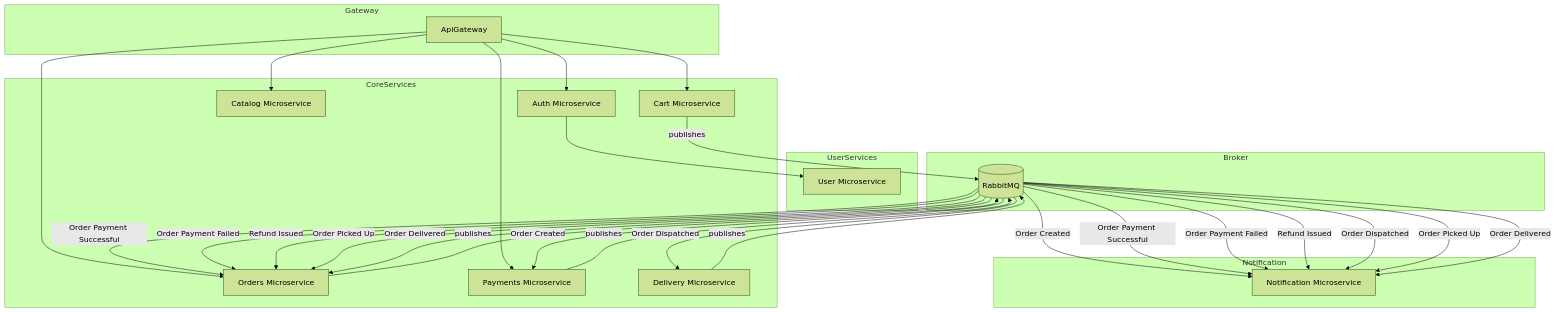
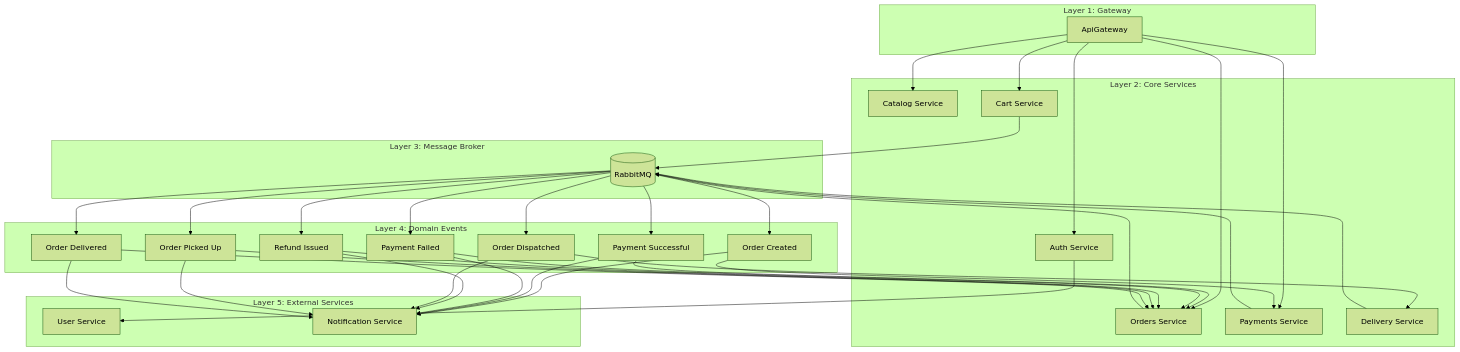
The diagram in README.md (NVolnukhin/OrderAccountingSystem), drawn with Mermaid (forest theme) before and after one commit.

Commit message:
update READNE

````diff
--- a/README.md
+++ b/README.md
@@ -29,33 +29,40 @@
 graph TD
 
 %% ───── Gateway ─────
-   subgraph Gateway
+   subgraph Layer 1: Gateway
       AG[ApiGateway]
    end
 
 %% ───── Core Services ─────
-   subgraph CoreServices
-      AU[Auth Microservice]
-      CA[Catalog Microservice]
-      CR[Cart Microservice]
-      OR[Orders Microservice]
-      PA[Payments Microservice]
-      DE[Delivery Microservice]
-   end
-
-%% ───── User Services ─────
-   subgraph UserServices
-      US[User Microservice]
-   end
-
-%% ───── Notification Layer ─────
-   subgraph Notification
-      NO[Notification Microservice]
+   subgraph Layer 2: Core Services
+      AU[Auth Service]
+      CA[Catalog Service]
+      CR[Cart Service]
+      OR[Orders Service]
+      PA[Payments Service]
+      DE[Delivery Service]
    end
 
 %% ───── Message Broker ─────
-   subgraph Broker
+   subgraph Layer 3: Message Broker
       RMQ[(RabbitMQ)]
+   end
+
+%% ───── Domain Events ─────
+   subgraph Layer 4: Domain Events
+      OC[Order Created]
+      OPS[Payment Successful]
+      OPF[Payment Failed]
+      RF[Refund Issued]
+      OD[Order Dispatched]
+      OP[Order Picked Up]
+      DL[Order Delivered]
+   end
+
+%% ───── User & Notification ─────
+   subgraph Layer 5: External Services
+      US[User Service]
+      NO[Notification Service]
    end
 
 %% Gateway routing
@@ -65,31 +72,40 @@
    AG --> OR
    AG --> PA
 
-%% Auth → User interaction
+%% Auth → User registration
    AU --> US
 
-%% Events published by core services to RabbitMQ
-   CR -- publishes --> RMQ
-   OR -- publishes --> RMQ
-   PA -- publishes --> RMQ
-   DE -- publishes --> RMQ
+%% Publishing to RabbitMQ
+   CR --> RMQ
+   OR --> RMQ
+   PA --> RMQ
+   DE --> RMQ
 
-%% Events consumed by services from RabbitMQ
-   RMQ -- Order Created --> PA
-   RMQ -- Order Payment Successful --> OR
-   RMQ -- Order Payment Failed --> OR
-   RMQ -- Refund Issued --> OR
-   RMQ -- Order Dispatched --> DE
-   RMQ -- Order Picked Up --> OR
-   RMQ -- Order Delivered --> OR
+%% Events published
+   RMQ --> OC
+   RMQ --> OPS
+   RMQ --> OPF
+   RMQ --> RF
+   RMQ --> OD
+   RMQ --> OP
+   RMQ --> DL
 
-%% Notification Microservice subscribes to all order-related events
-   RMQ -- Order Created --> NO
-   RMQ -- Order Payment Successful --> NO
-   RMQ -- Order Payment Failed --> NO
-   RMQ -- Refund Issued --> NO
-   RMQ -- Order Dispatched --> NO
-   RMQ -- Order Picked Up --> NO
-   RMQ -- Order Delivered --> NO
+%% Services consume from RabbitMQ
+   OC --> PA
+   OPS --> OR
+   OPF --> OR
+   RF --> OR
+   OD --> DE
+   OP --> OR
+   DL --> OR
+
+%% Notifications subscribe to all events
+   OC --> NO
+   OPS --> NO
+   OPF --> NO
+   RF --> NO
+   OD --> NO
+   OP --> NO
+   DL --> NO
 
 ```
````
